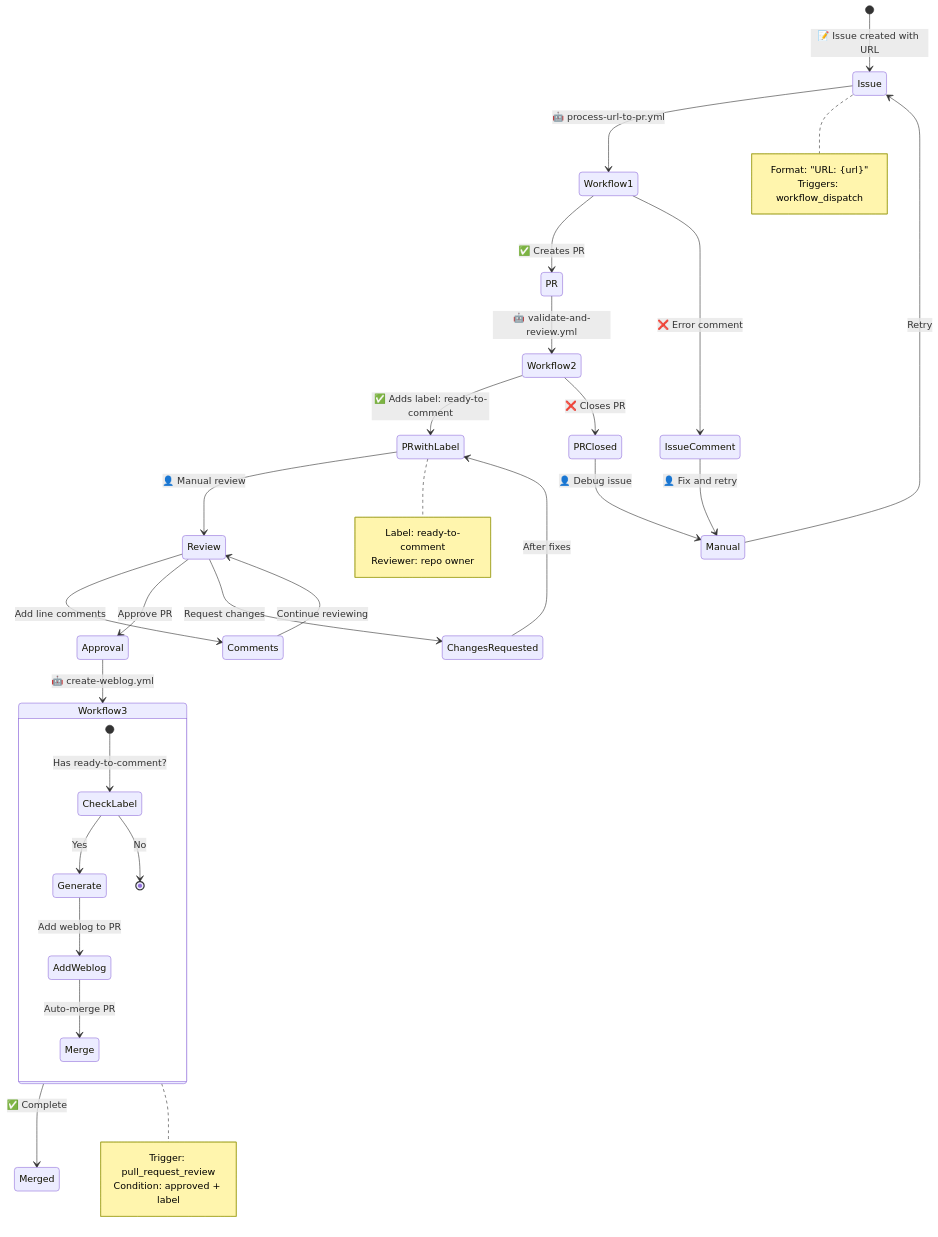
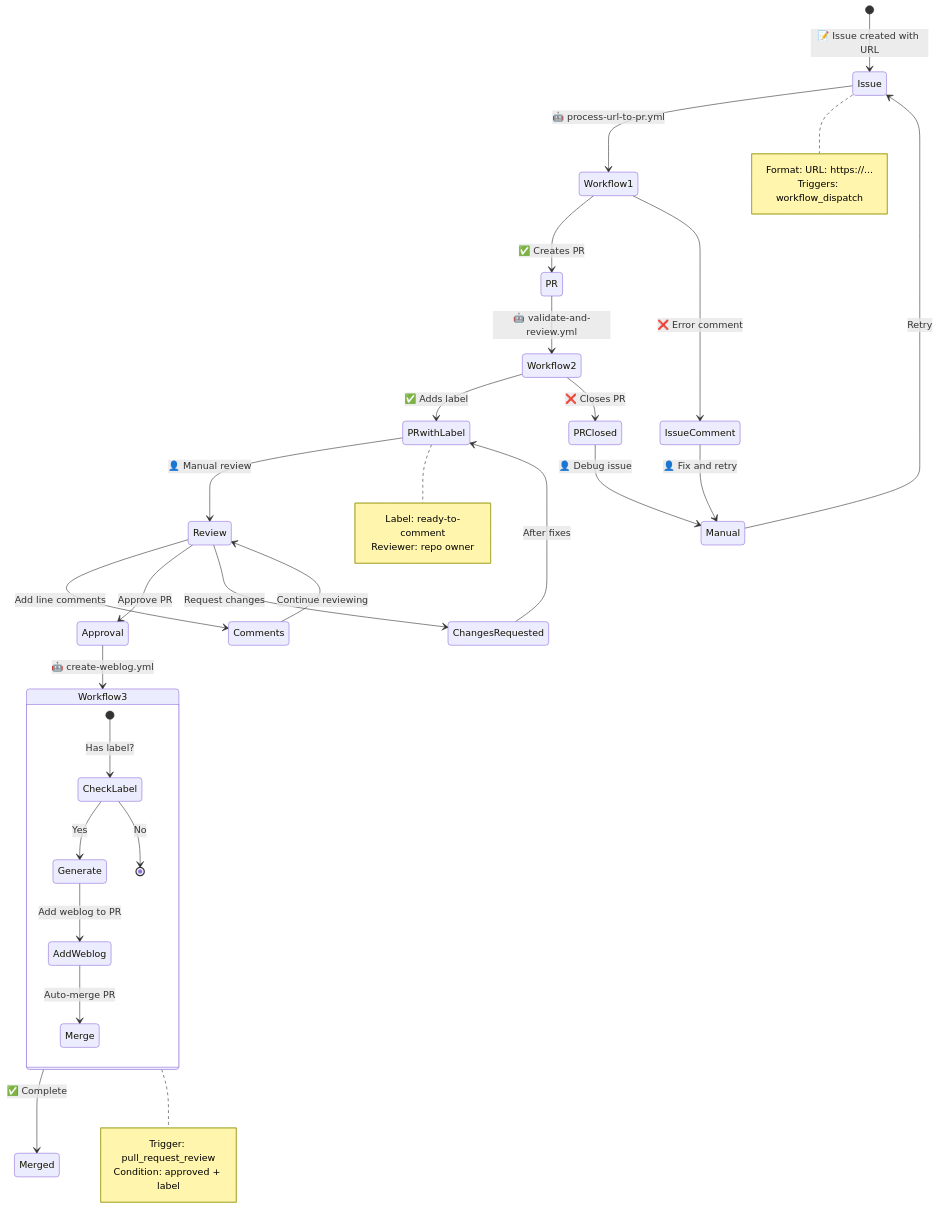
Before and after one commit to mbrg/link-archive: the diagram in STATE_MACHINE.md, drawn with Mermaid.

Commit message:
Fix Mermaid syntax - remove colons from transition labels

````diff
--- a/STATE_MACHINE.md
+++ b/STATE_MACHINE.md
@@ -9,53 +9,53 @@
 ```mermaid
 stateDiagram-v2
     [*] --> Issue: 📝 Issue created with URL
     
     Issue --> Workflow1: 🤖 process-url-to-pr.yml
     
     Workflow1 --> PR: ✅ Creates PR
     Workflow1 --> IssueComment: ❌ Error comment
     
     PR --> Workflow2: 🤖 validate-and-review.yml
     
-    Workflow2 --> PRwithLabel: ✅ Adds label: ready-to-comment
+    Workflow2 --> PRwithLabel: ✅ Adds label
     Workflow2 --> PRClosed: ❌ Closes PR
     
     PRwithLabel --> Review: 👤 Manual review
     
     Review --> Comments: Add line comments
     Review --> Approval: Approve PR
     Review --> ChangesRequested: Request changes
     
     Comments --> Review: Continue reviewing
     ChangesRequested --> PRwithLabel: After fixes
     
     Approval --> Workflow3: 🤖 create-weblog.yml
     state Workflow3 {
-        [*] --> CheckLabel: Has ready-to-comment?
+        [*] --> CheckLabel: Has label?
         CheckLabel --> Generate: Yes
         CheckLabel --> [*]: No
         Generate --> AddWeblog: Add weblog to PR
         AddWeblog --> Merge: Auto-merge PR
     }
     
     Workflow3 --> Merged: ✅ Complete
     
     IssueComment --> Manual: 👤 Fix and retry
     PRClosed --> Manual: 👤 Debug issue
     Manual --> Issue: Retry
 
     note right of Issue
-        Format: "URL: {url}"
+        Format: URL: https://...
         Triggers: workflow_dispatch
     end note
 
     note right of PRwithLabel
         Label: ready-to-comment
         Reviewer: repo owner
     end note
 
     note right of Workflow3
         Trigger: pull_request_review
         Condition: approved + label
     end note
 ```
````
